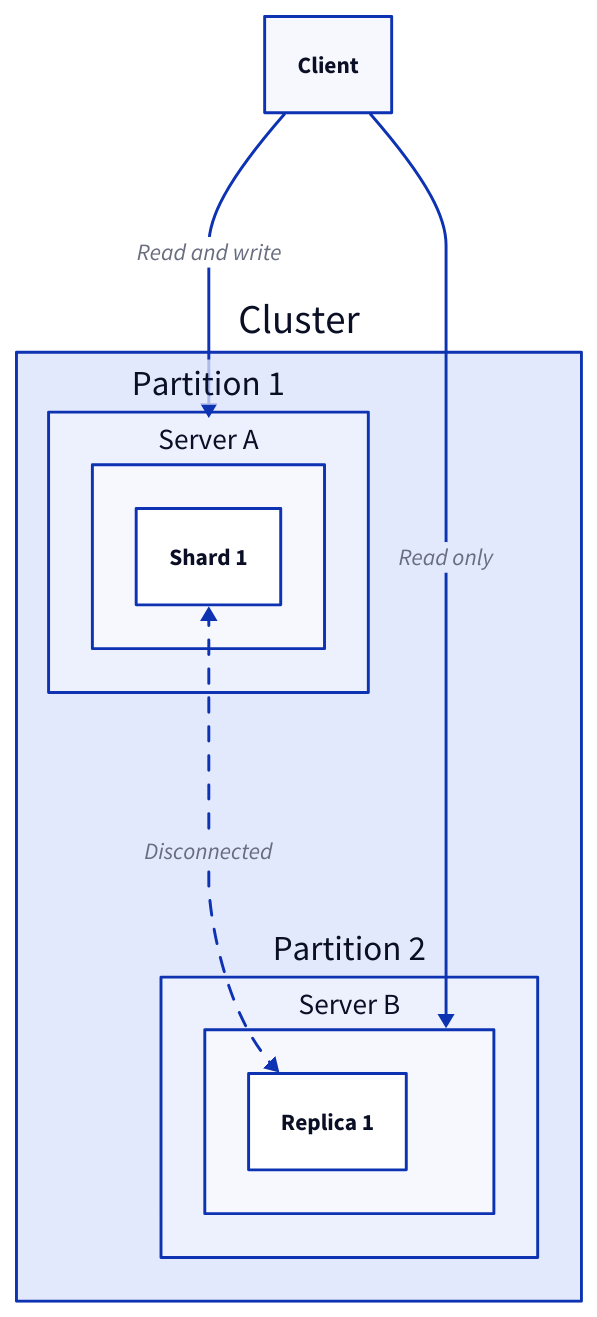
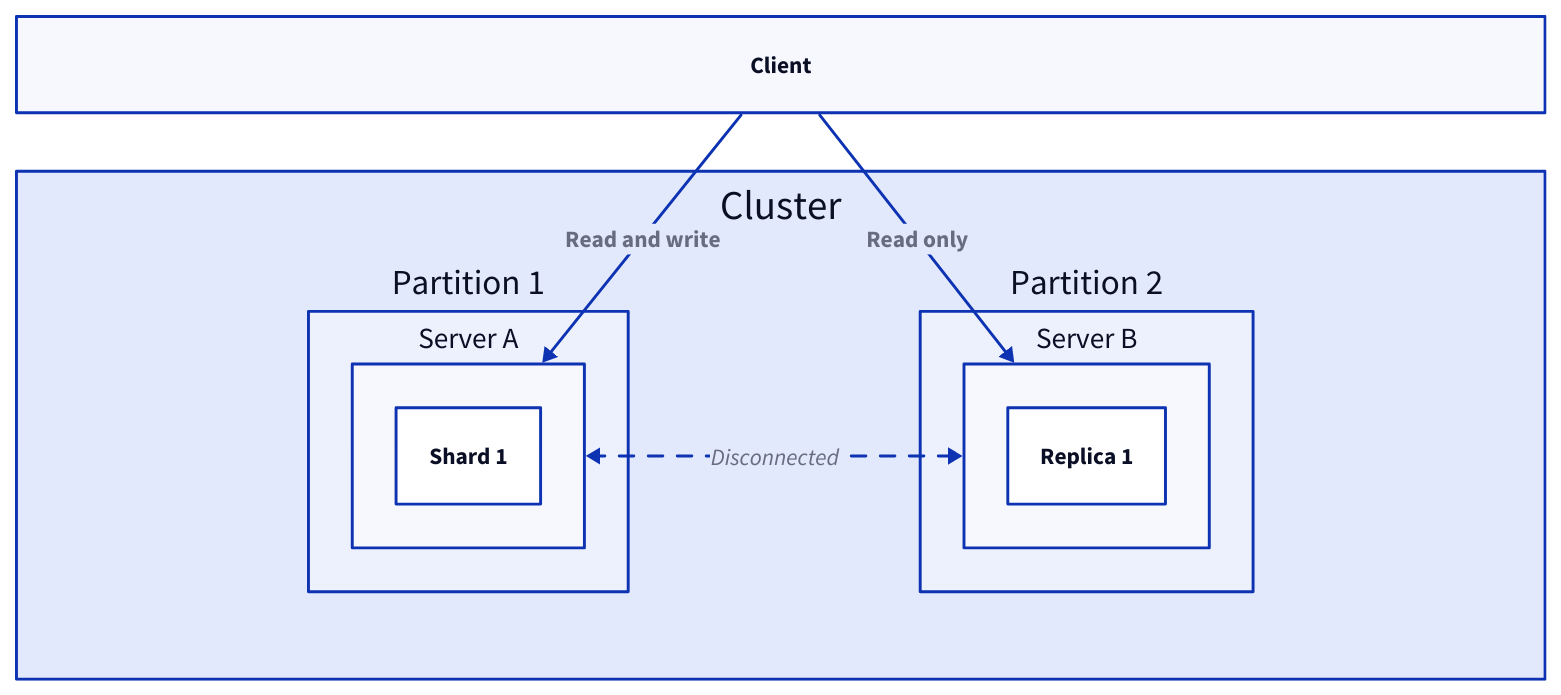
One commit to link1905/system-design-101 changed the eighth of 10 diagrams in content/docs/data-persistence/distributed-database/peer-to-peer-architecture/_index.md. Above: the diagram before and after it, drawn with D2. The commit also changed other lines of this file and 40 other files, not shown here.

````diff
--- a/content/docs/data-persistence/distributed-database/peer-to-peer-architecture/_index.md
+++ b/content/docs/data-persistence/distributed-database/peer-to-peer-architecture/_index.md
@@ -479,23 +513,30 @@
 ```d2
-c: Cluster {
-    g1: Partition 1 {
-        sa: Server A {
-            s: Shard 1
-        }
-    }
-    g2: Partition 2 {
-        sb: Server B {
-            s: Replica 1
-        }
-    }
-    g1.sa.s <-> g2.sb.s: Disconnected {
-        class: error-conn
-        style.animated: true
-    }
-}
+grid-rows: 2
 client: Client {
     class: client
 }
-client -> c.g1.sa : Read and write
-client -> c.g2.sb: Read only
+c: Cluster {
+  grid-rows: 1
+  horizontal-gap: 200
+  g1: Partition 1 {
+      sa: Server A {
+          s: Shard 1
+      }
+  }
+  g2: Partition 2 {
+      sb: Server B {
+          s: Replica 1
+      }
+  }
+  g1.sa <-> g2.sb: Disconnected {
+      class: error-conn
+      style.animated: true
+  }
+}
+client -> c.g1.sa : Read and write {
+  style.bold: true
+}
+client -> c.g2.sb: Read only {
+  style.bold: true
+}
 ```
````
